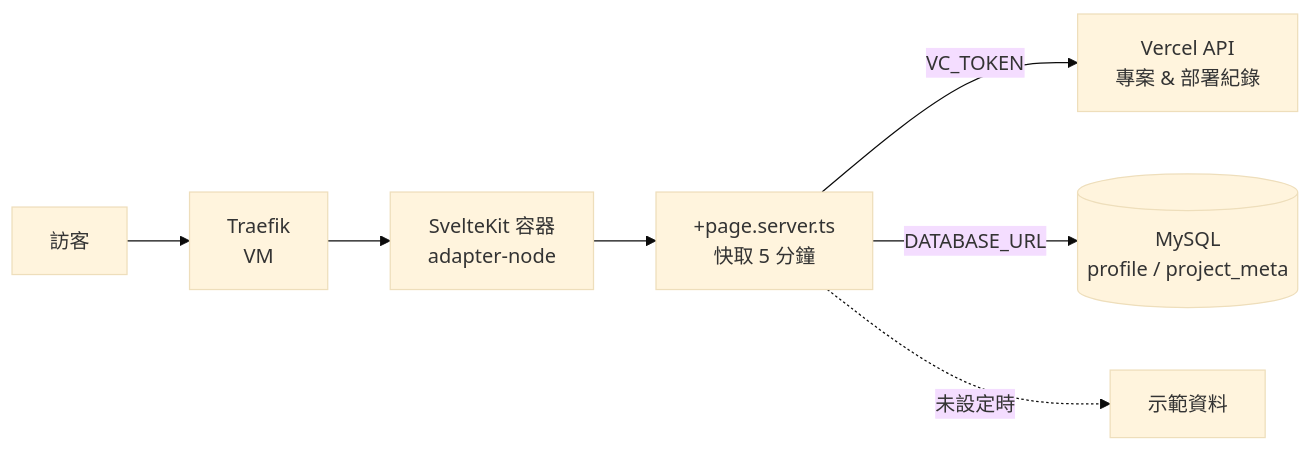
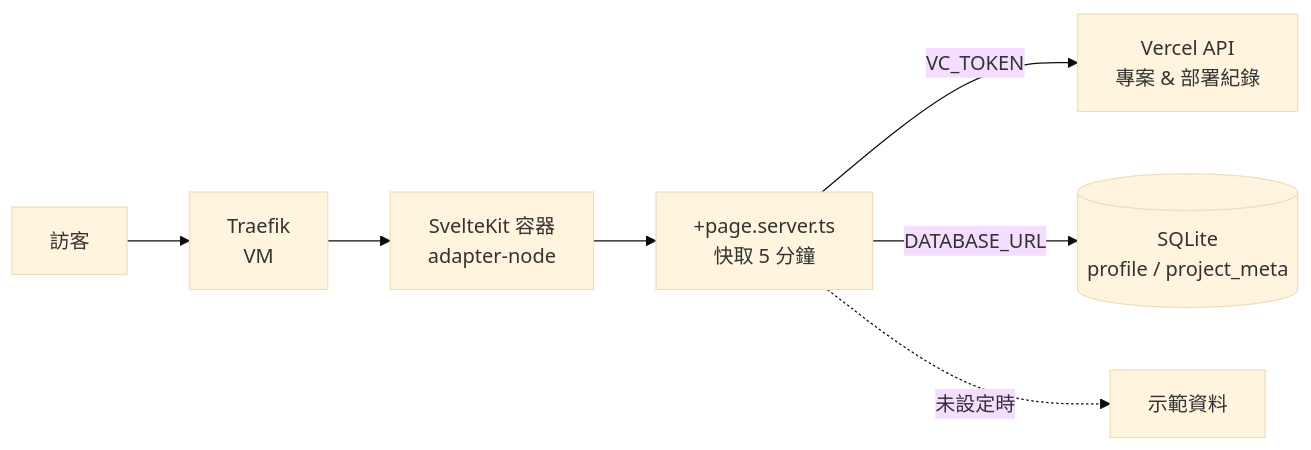
One commit to doraeyi/doraeyi.com changed the diagram in README.md. Above: the diagram before and after it, drawn with Mermaid (base theme). The commit also changed other lines of this file and 14 other files, not shown here.

````diff
--- a/README.md
+++ b/README.md
@@ -32,8 +32,8 @@
 ```mermaid
 flowchart LR
     Visitor["訪客"] --> Traefik["Traefik<br/>VM"] --> Page["SvelteKit 容器<br/>adapter-node"]
     Page --> Load["+page.server.ts<br/>快取 5 分鐘"]
     Load -- "VC_TOKEN" --> VercelAPI["Vercel API<br/>專案 & 部署紀錄"]
-    Load -- "DATABASE_URL" --> DB[("MySQL<br/>profile / project_meta")]
+    Load -- "DATABASE_URL" --> DB[("SQLite<br/>profile / project_meta")]
     Load -. 未設定時 .-> Fallback["示範資料"]
 ```
````
